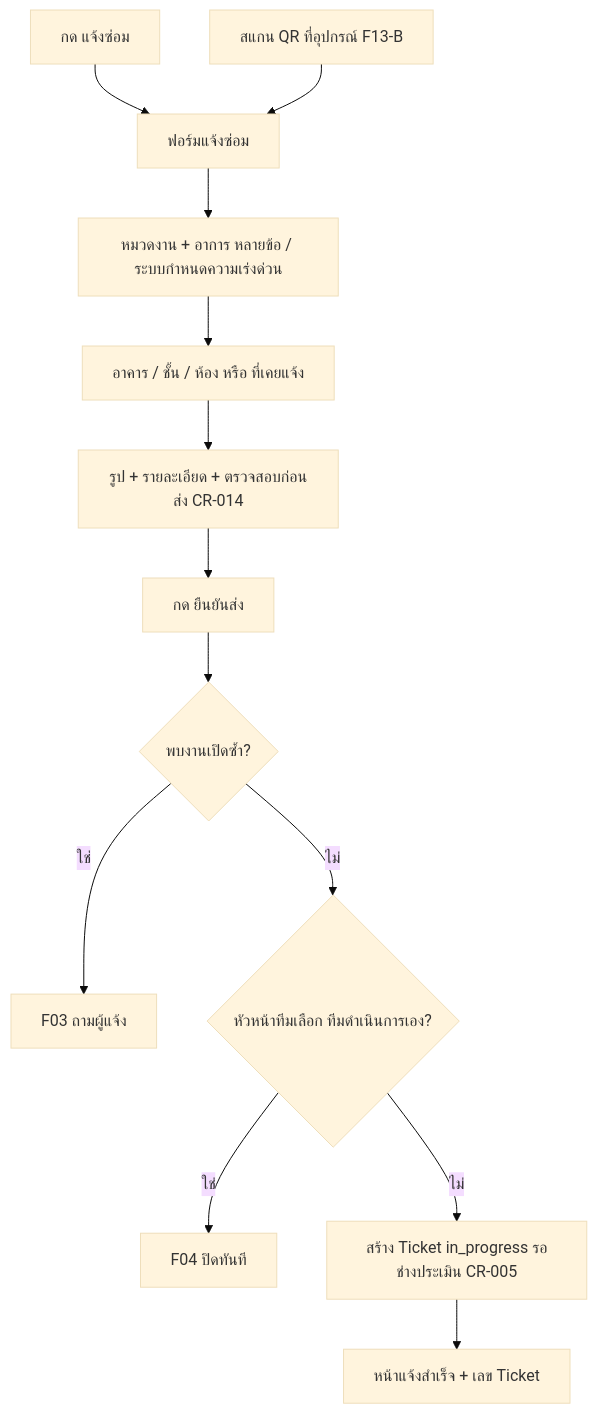
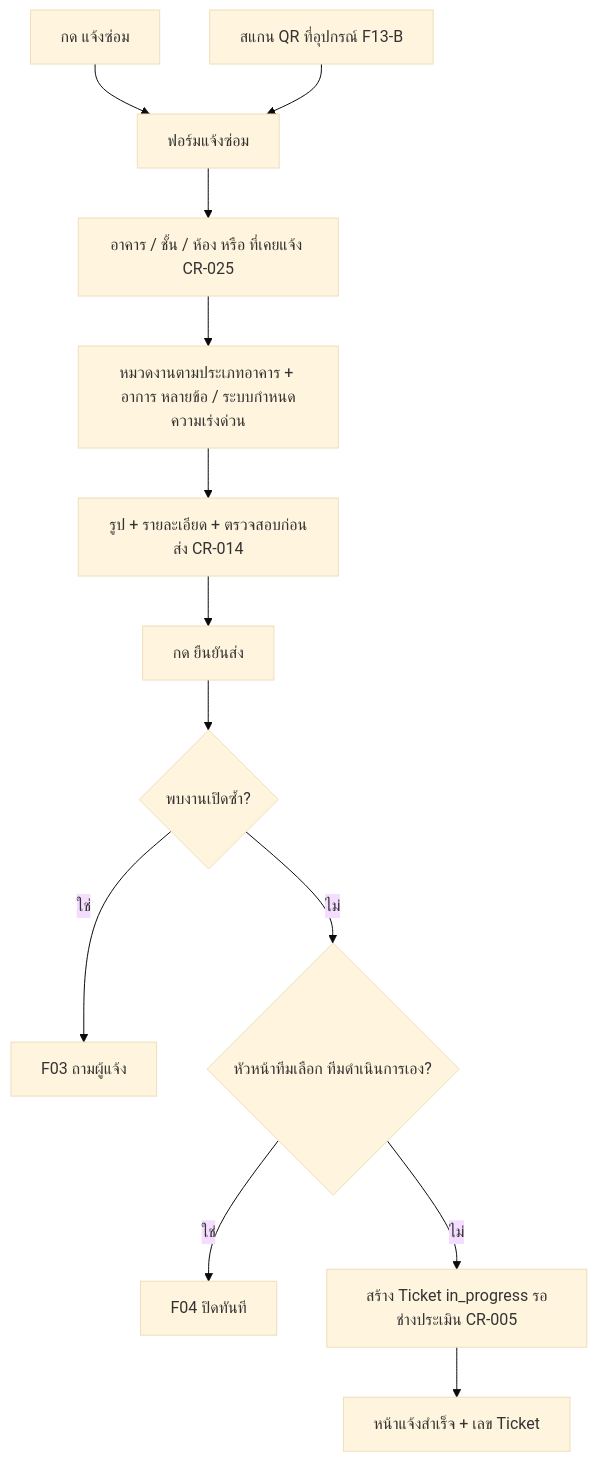
The fourth of 14 diagrams in docs/modules/repair/02-flows.md (pithawat/BAMBAM), drawn with Mermaid (base theme) before and after one commit. The commit also changed other lines of this file and 59 other files, not shown here.

````diff
--- a/docs/modules/repair/02-flows.md
+++ b/docs/modules/repair/02-flows.md
@@ -124,11 +124,11 @@
 ```mermaid
 flowchart TD
   A1[กด แจ้งซ่อม] --> F[ฟอร์มแจ้งซ่อม]
   A2[สแกน QR ที่อุปกรณ์ F13-B] --> F
-  F --> S1[หมวดงาน + อาการ หลายข้อ / ระบบกำหนดความเร่งด่วน] --> S2[อาคาร / ชั้น / ห้อง หรือ ที่เคยแจ้ง] --> S3[รูป + รายละเอียด + ตรวจสอบก่อนส่ง CR-014] --> SUB[กด ยืนยันส่ง]
+  F --> S1[อาคาร / ชั้น / ห้อง หรือ ที่เคยแจ้ง CR-025] --> S2[หมวดงานตามประเภทอาคาร + อาการ หลายข้อ / ระบบกำหนดความเร่งด่วน] --> S3[รูป + รายละเอียด + ตรวจสอบก่อนส่ง CR-014] --> SUB[กด ยืนยันส่ง]
   SUB --> D1{พบงานเปิดซ้ำ?}
   D1 -- ใช่ --> F03[F03 ถามผู้แจ้ง]
   D1 -- ไม่ --> D2{หัวหน้าทีมเลือก ทีมดำเนินการเอง?}
   D2 -- ใช่ --> F04[F04 ปิดทันที]
   D2 -- ไม่ --> T[สร้าง Ticket in_progress รอช่างประเมิน CR-005] --> OK[หน้าแจ้งสำเร็จ + เลข Ticket]
 ```
````
